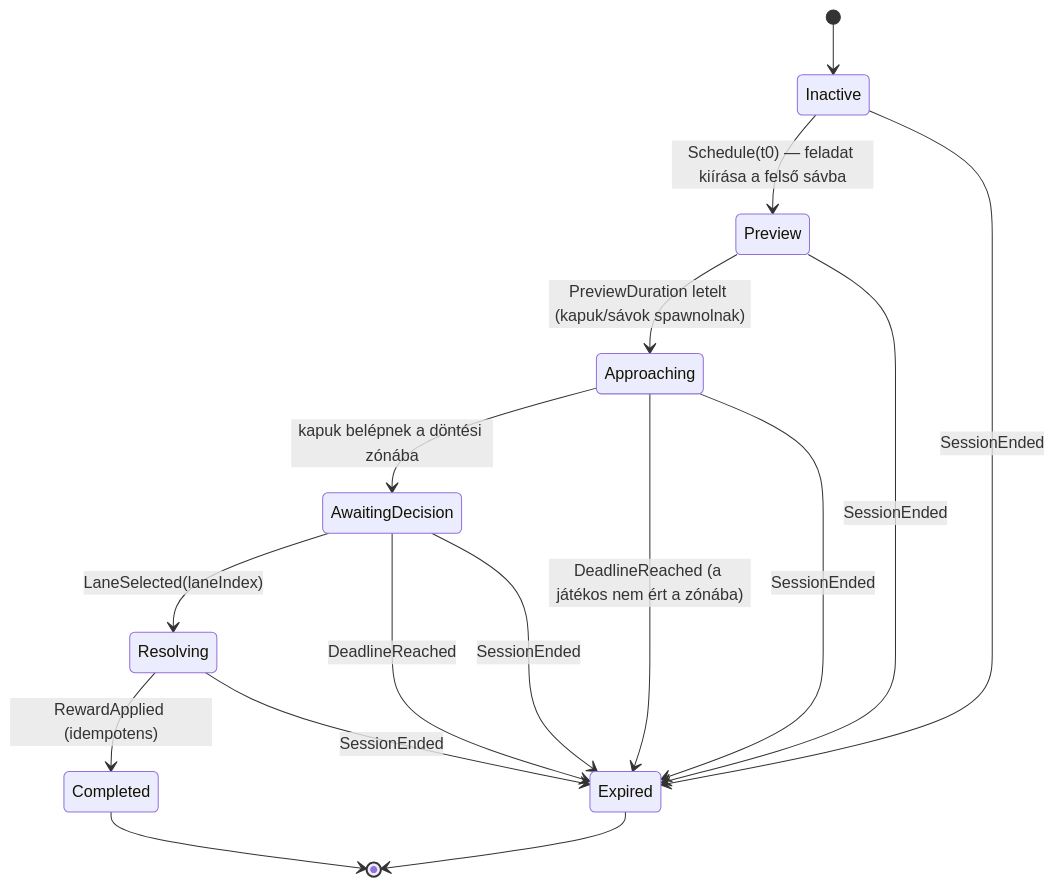
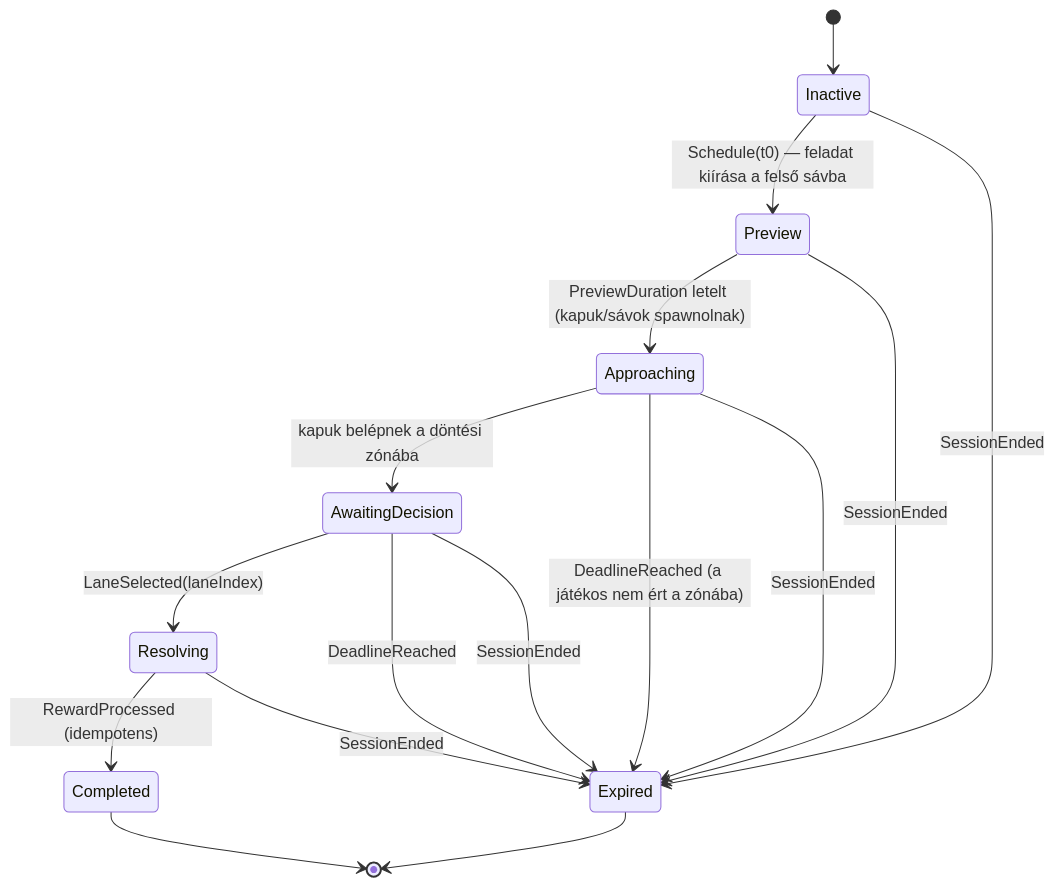
The third of 4 diagrams in docs/ARCHITECTURE.md (kmarkodotnet/mathwars), drawn with Mermaid before and after one commit. The commit also changed other lines of this file and 2 other files, not shown here.

````diff
--- a/docs/ARCHITECTURE.md
+++ b/docs/ARCHITECTURE.md
@@ -248,18 +248,18 @@
 ```mermaid
 stateDiagram-v2
     [*] --> Inactive
     Inactive --> Preview: Schedule(t0) — feladat kiírása a felső sávba
     Preview --> Approaching: PreviewDuration letelt (kapuk/sávok spawnolnak)
     Approaching --> AwaitingDecision: kapuk belépnek a döntési zónába
     Approaching --> Expired: DeadlineReached (a játékos nem ért a zónába)
     AwaitingDecision --> Resolving: LaneSelected(laneIndex)
     AwaitingDecision --> Expired: DeadlineReached
-    Resolving --> Completed: RewardApplied (idempotens)
+    Resolving --> Completed: RewardProcessed (idempotens)
     Completed --> [*]
     Expired --> [*]
     Inactive --> Expired: SessionEnded
     Preview --> Expired: SessionEnded
     Approaching --> Expired: SessionEnded
     AwaitingDecision --> Expired: SessionEnded
     Resolving --> Expired: SessionEnded
 ```
````
